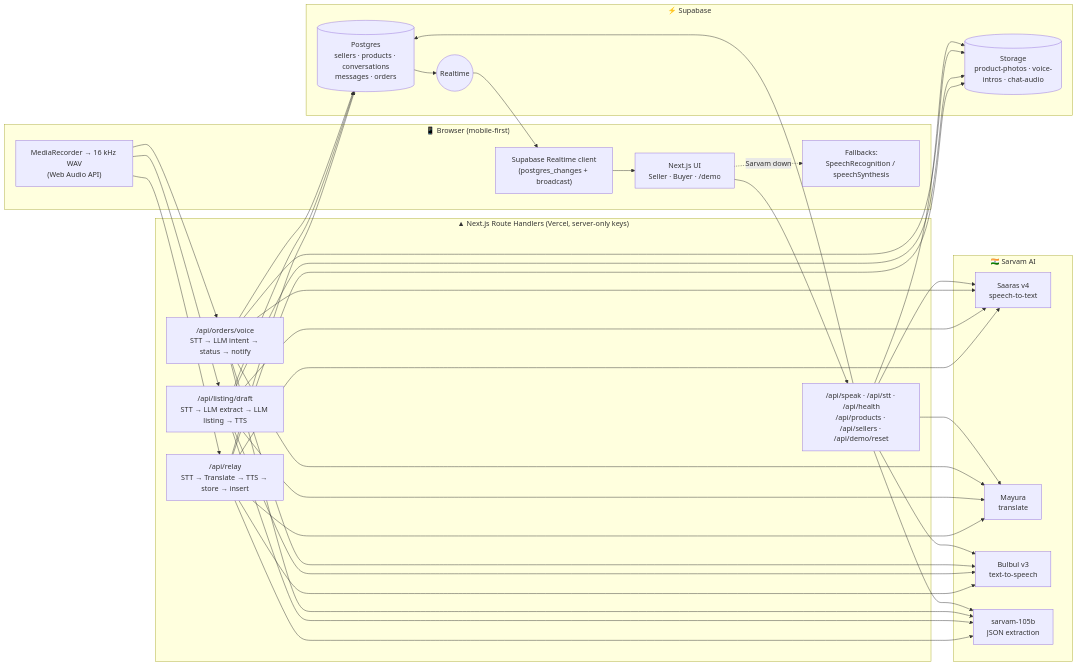
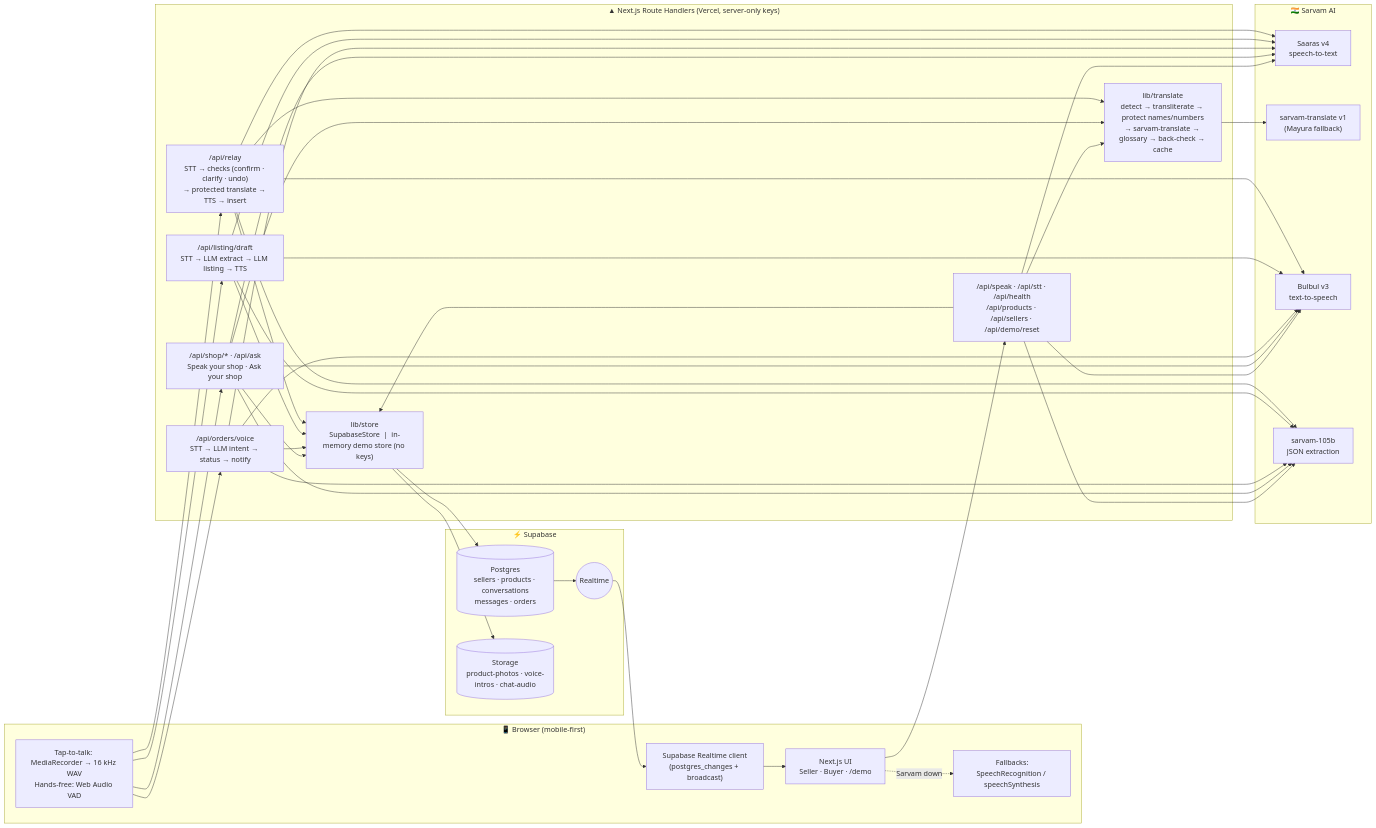
One commit to nivedhitaramu/bol-bazaar changed the diagram in README.md. Above: the diagram before and after it, drawn with Mermaid. The commit also changed other lines of this file, not shown here.

Commit message:
README: final features, demo story, architecture, recovery, tech stack

````diff
--- a/README.md
+++ b/README.md
@@ -99,36 +107,40 @@
 ```mermaid
 flowchart LR
   subgraph Browser["📱 Browser (mobile-first)"]
-    MIC["MediaRecorder → 16 kHz WAV<br/>(Web Audio API)"]
+    MIC["Tap-to-talk: MediaRecorder → 16 kHz WAV<br/>Hands-free: Web Audio VAD"]
     UI["Next.js UI<br/>Seller · Buyer · /demo"]
     FB["Fallbacks:<br/>SpeechRecognition / speechSynthesis"]
     RT["Supabase Realtime client<br/>(postgres_changes + broadcast)"]
   end
 
   subgraph Next["▲ Next.js Route Handlers (Vercel, server-only keys)"]
-    RELAY["/api/relay<br/>STT → Translate → TTS → store → insert"]
+    RELAY["/api/relay<br/>STT → checks (confirm · clarify · undo)<br/>→ protected translate → TTS → insert"]
+    PIPE["lib/translate<br/>detect → transliterate → protect names/numbers<br/>→ sarvam-translate → glossary → back-check → cache"]
+    STORE["lib/store<br/>SupabaseStore  |  in-memory demo store (no keys)"]
     DRAFT["/api/listing/draft<br/>STT → LLM extract → LLM listing → TTS"]
     ORD["/api/orders/voice<br/>STT → LLM intent → status → notify"]
+    SHOP["/api/shop/* · /api/ask<br/>Speak your shop · Ask your shop"]
     MISC["/api/speak · /api/stt · /api/health<br/>/api/products · /api/sellers · /api/demo/reset"]
   end
 
   subgraph Sarvam["🇮🇳 Sarvam AI"]
     STT["Saaras v4<br/>speech-to-text"]
-    TR["Mayura<br/>translate"]
+    TR["sarvam-translate v1<br/>(Mayura fallback)"]
     TTS["Bulbul v3<br/>text-to-speech"]
     LLM["sarvam-105b<br/>JSON extraction"]
   end
 
   subgraph Supa["⚡ Supabase"]
     DB[("Postgres<br/>sellers · products · conversations<br/>messages · orders")]
     ST[("Storage<br/>product-photos · voice-intros · chat-audio")]
     RTS(("Realtime"))
   end
 
-  MIC --> RELAY & DRAFT & ORD
+  MIC --> RELAY & DRAFT & ORD & SHOP
   UI --> MISC
-  RELAY & DRAFT & ORD & MISC --> STT & TR & TTS & LLM
-  RELAY & DRAFT & ORD & MISC --> DB & ST
+  RELAY & SHOP & MISC --> PIPE --> TR
+  RELAY & DRAFT & ORD & SHOP & MISC --> STT & TTS & LLM
+  RELAY & DRAFT & ORD & SHOP & MISC --> STORE --> DB & ST
   DB --> RTS --> RT --> UI
   UI -. "Sarvam down" .-> FB
 ```
````
